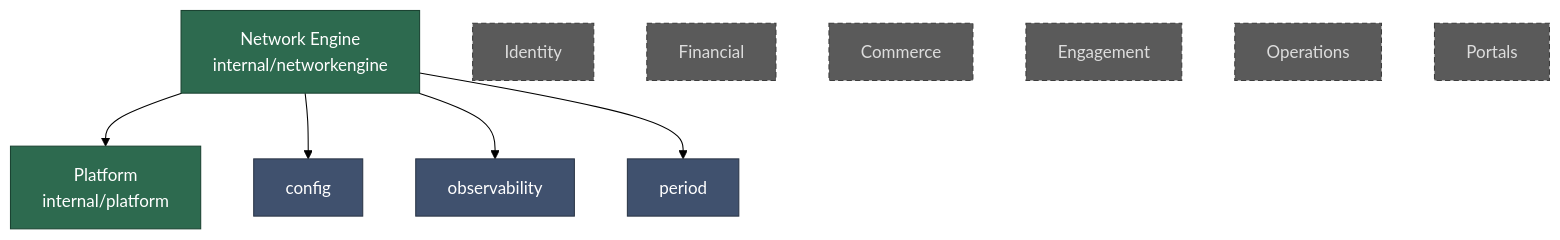
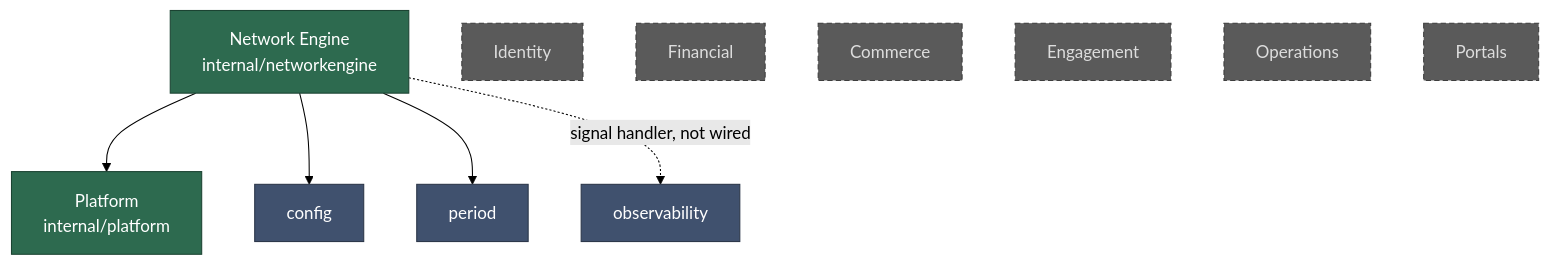
The first of 4 diagrams in content/design-rationale/000-architecture-overview.md (mheuss/mlmforge), drawn with Mermaid (forest theme) before and after one commit. The commit also changed other lines of this file and 15 other files, not shown here.

````diff
--- a/content/design-rationale/000-architecture-overview.md
+++ b/content/design-rationale/000-architecture-overview.md
@@ -20,26 +20,26 @@
 ```mermaid
 flowchart TD
     ne["Network Engine<br/>internal/networkengine"]
     pf["Platform<br/>internal/platform"]
     cfg["config"]
     obs["observability"]
     per["period"]
     id["Identity"]
     fin["Financial"]
     com["Commerce"]
     eng["Engagement"]
     ops["Operations"]
     por["Portals"]
 
     ne --> pf
     ne --> cfg
-    ne --> obs
     ne --> per
+    ne -. "signal handler, not wired" .-> obs
 
     classDef built fill:#2d6a4f,stroke:#1b4332,color:#fff
     classDef support fill:#40516e,stroke:#2b3648,color:#fff
     classDef stub fill:#5a5a5a,stroke:#3d3d3d,color:#ddd,stroke-dasharray: 5 3
     class ne,pf built
     class cfg,obs,per support
     class id,fin,com,eng,ops,por stub
 ```
````
